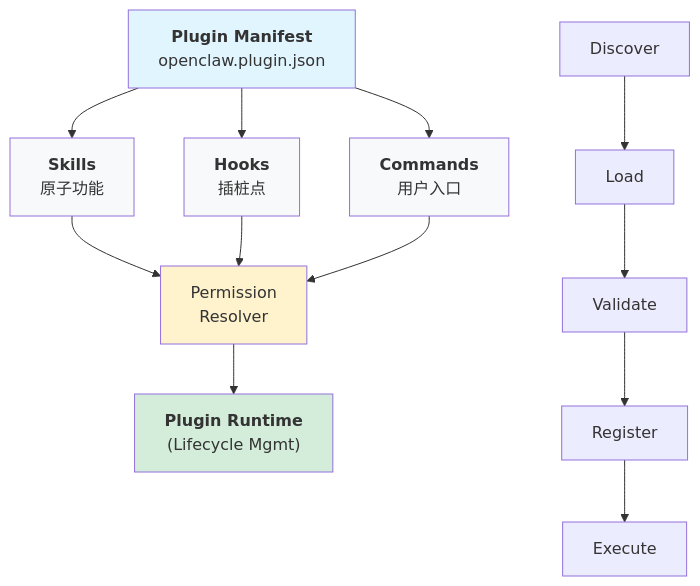
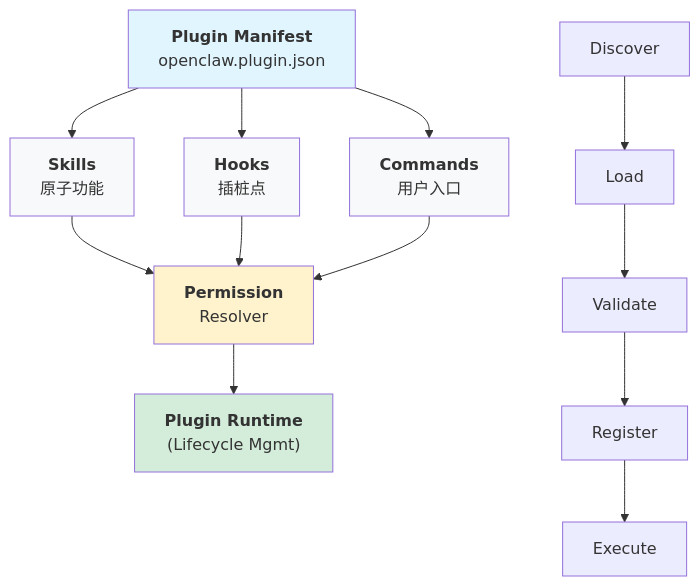
Before and after one commit to yeasy/harness_engineering_guide: the second of 2 diagrams in 10_production/10.2_plugin_system.md, drawn with Mermaid. The commit also changed 26 other files, not shown here.

Commit message:
Add bold titles to Mermaid diagram nodes

````diff
--- a/10_production/10.2_plugin_system.md
+++ b/10_production/10.2_plugin_system.md
@@ -367,23 +367,23 @@
 ```mermaid
 graph TD
     A["<b>Plugin Manifest</b><br/>openclaw.plugin.json"]
 
     A --> B["<b>Skills</b><br/>原子功能"]
     A --> C["<b>Hooks</b><br/>插桩点"]
     A --> D["<b>Commands</b><br/>用户入口"]
 
-    B --> E["Permission<br/>Resolver"]
+    B --> E["<b>Permission</b><br/>Resolver"]
     C --> E
     D --> E
 
     E --> F["<b>Plugin Runtime</b><br/>(Lifecycle Mgmt)"]
 
     G["Discover"] --> H["Load"] --> I["Validate"] --> J["Register"] --> K["Execute"]
 
     style A fill:#e1f5ff
     style E fill:#fff3cd
     style F fill:#d4edda
     style B fill:#f8f9fa
     style C fill:#f8f9fa
     style D fill:#f8f9fa
 ```
````
